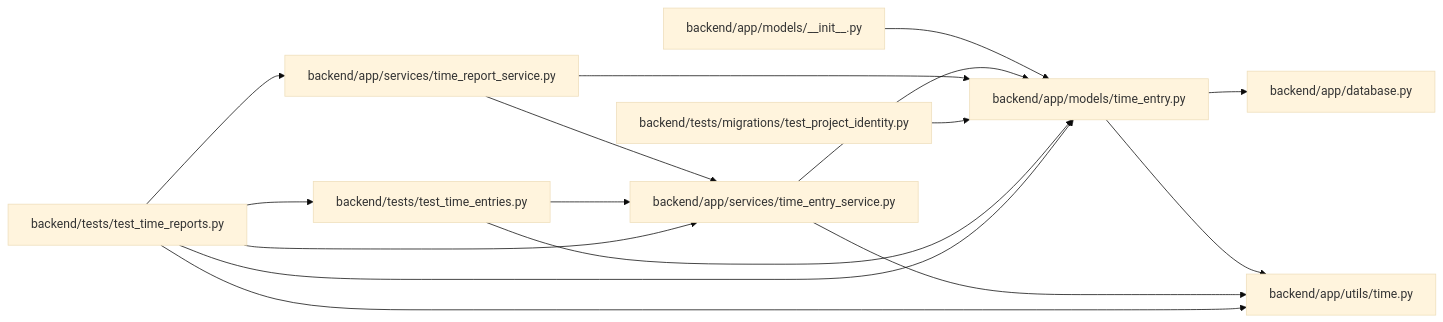
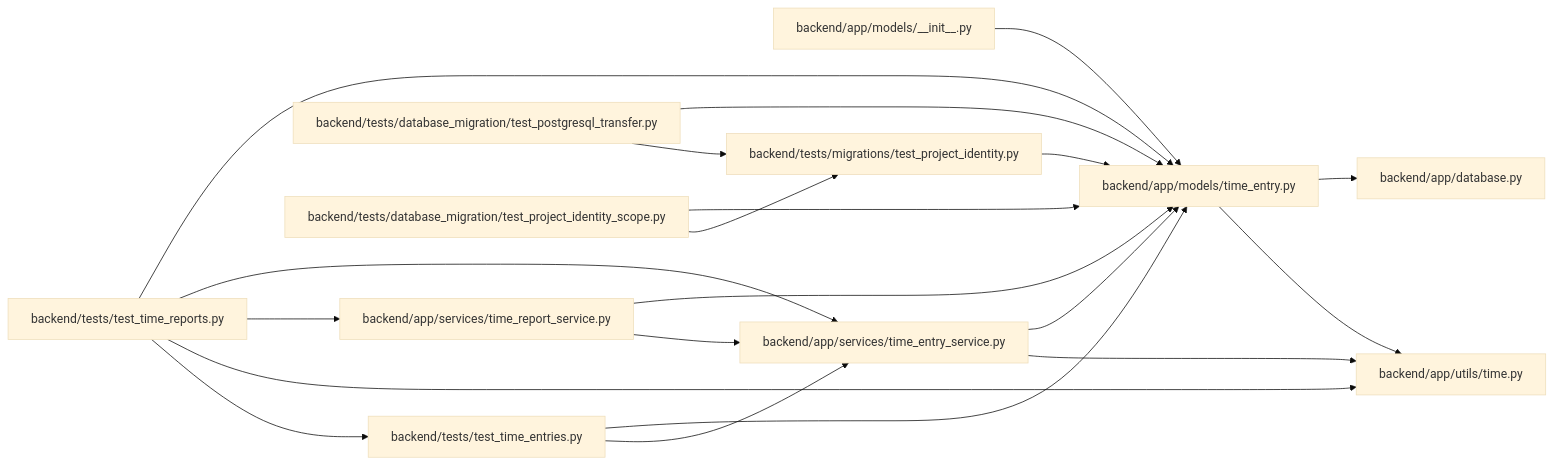
One commit to Denissvgn/WorkChord changed the diagram in docs/llm_wiki/modules/models_time_entry.md. Above: the diagram before and after it, drawn with Mermaid (base theme). The commit also changed other lines of this file and 305 other files, not shown here.

Commit message:
docs(wiki): document retained scope and verified transfer floors

````diff
--- a/docs/llm_wiki/modules/models_time_entry.md
+++ b/docs/llm_wiki/modules/models_time_entry.md
@@ -24,36 +24,44 @@
 ```mermaid
 flowchart LR
     n0["backend/app/database.py"]
     n1["backend/app/models/__init__.py"]
     n2["backend/app/models/time_entry.py"]
     n3["backend/app/services/time_entry_service.py"]
     n4["backend/app/services/time_report_service.py"]
     n5["backend/app/utils/time.py"]
-    n6["backend/tests/migrations/test_project_identity.py"]
-    n7["backend/tests/test_time_entries.py"]
-    n8["backend/tests/test_time_reports.py"]
+    n6["backend/tests/database_migration/test_postgresql_transfer.py"]
+    n7["backend/tests/database_migration/test_project_identity_scope.py"]
+    n8["backend/tests/migrations/test_project_identity.py"]
+    n9["backend/tests/test_time_entries.py"]
+    n10["backend/tests/test_time_reports.py"]
     n1 --> n2
     n2 --> n0
     n2 --> n5
     n3 --> n2
     n3 --> n5
     n4 --> n2
     n4 --> n3
     n6 --> n2
+    n6 --> n8
     n7 --> n2
-    n7 --> n3
+    n7 --> n8
     n8 --> n2
-    n8 --> n3
-    n8 --> n4
-    n8 --> n5
-    n8 --> n7
+    n9 --> n2
+    n9 --> n3
+    n10 --> n2
+    n10 --> n3
+    n10 --> n4
+    n10 --> n5
+    n10 --> n9
     click n0 "../modules/app_database.md"
     click n1 "../modules/models___init__.md"
     click n2 "../modules/models_time_entry.md"
     click n3 "../modules/time_entry_service.md"
     click n4 "../modules/time_report_service.md"
     click n5 "../modules/time.md"
-    click n6 "../modules/test_project_identity.md"
-    click n7 "../modules/test_time_entries.md"
-    click n8 "../modules/test_time_reports.md"
+    click n6 "../modules/test_postgresql_transfer.md"
+    click n7 "../modules/test_project_identity_scope.md"
+    click n8 "../modules/test_project_identity.md"
+    click n9 "../modules/test_time_entries.md"
+    click n10 "../modules/test_time_reports.md"
 ```
````
